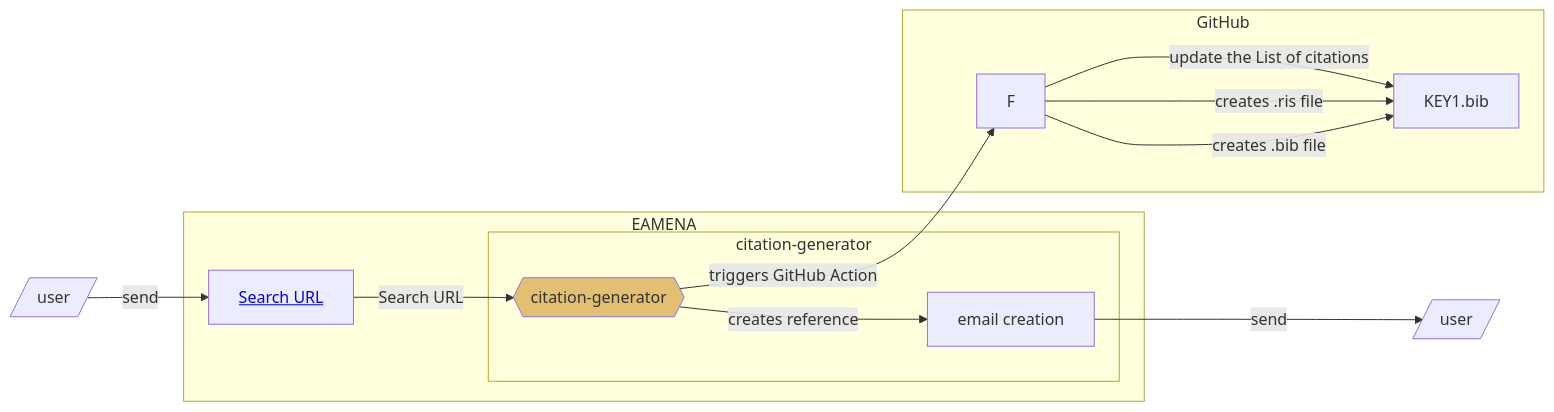
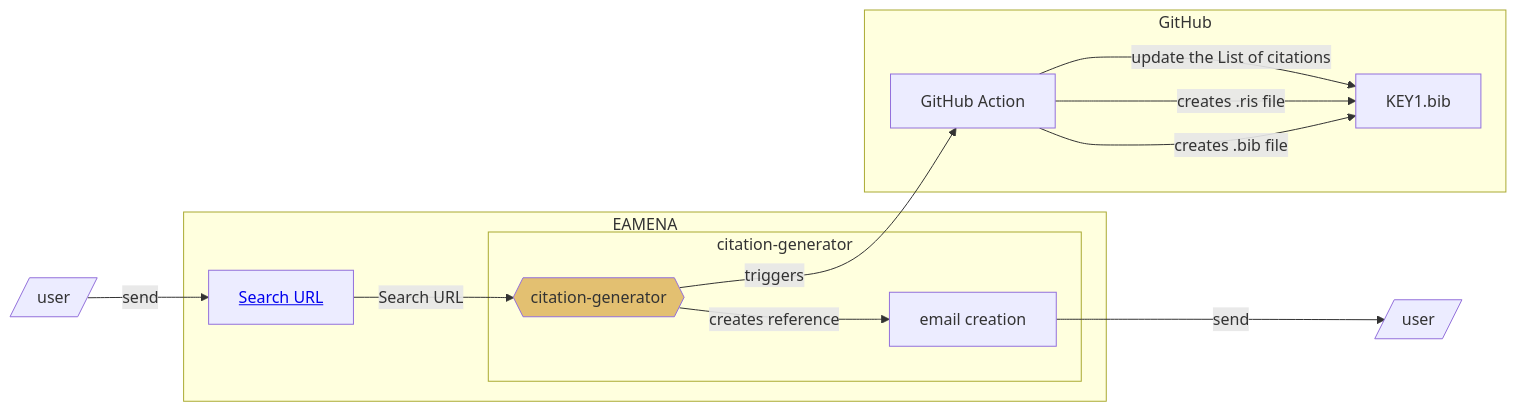
Before and after one commit to eamena-project/eamena-arches-dev: the second of 2 diagrams in data/bibref/README.md, drawn with Mermaid.

Commit message:
citation README

````diff
--- a/data/bibref/README.md
+++ b/data/bibref/README.md
@@ -37,18 +37,18 @@
 ```mermaid
 flowchart LR
 	U[/user/] -- send --> A[<a href='https://github.com/eamena-project/eamena-arches-dev/blob/main/dbs/database.eamena/docs/notes/Arches%207%20Upgrade.md#splitchunk'>Search URL</a>];
 	subgraph EAMENA
 	A --Search URL--> G{{citation-generator}}:::eamenaFunc;
 		subgraph citation-generator
 		G -- creates reference --> H[email creation];
 		end
 	end
-	G -- triggers GitHub Action --> F
+	G -- triggers --> F[GitHub Action]
 	H -- send --> Z[/user/];
 	subgraph GitHub
 	F -- update the List of citations --> I[List of citations.md]
 	F -- creates .ris file --> I[KEY1.ris]
 	F -- creates .bib file --> I[KEY1.bib]
 	end
 	classDef eamenaFunc fill:#e3c071;
 ```
````
